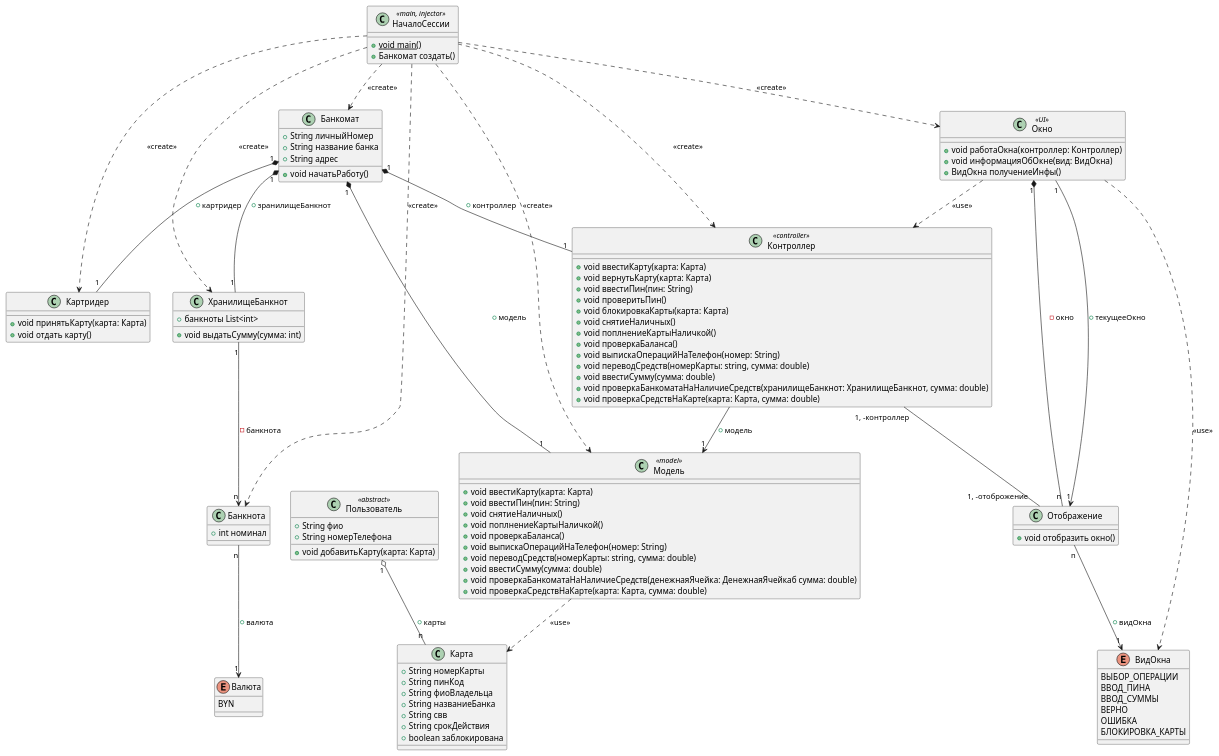
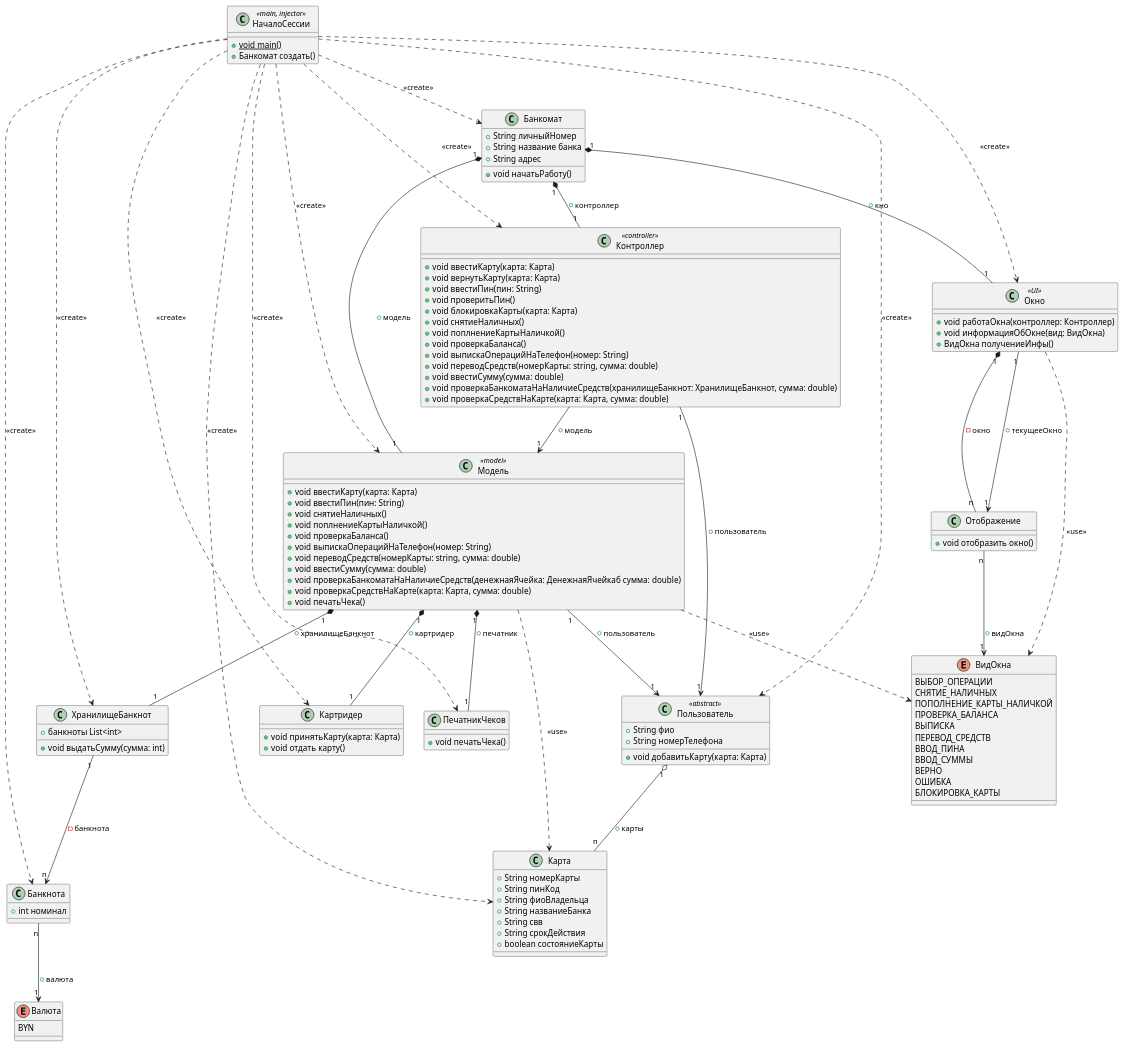
One commit to ArianaM03/PPVIS changed the diagram in doc/classDiagramBase.plantuml. Above: the diagram before and after it, drawn with PlantUML.

```diff
--- a/doc/classDiagramBase.plantuml
+++ b/doc/classDiagramBase.plantuml
@@ -1,126 +1,145 @@
 @startuml
+
 class НачалоСессии <<main, injector>>{
     + {static} void main()
     + Банкомат создать()
 }
 
 НачалоСессии ..> Банкомат : <<create>>
 НачалоСессии ..> Картридер : <<create>>
 НачалоСессии ..> ХранилищеБанкнот : <<create>>
 НачалоСессии ..> Банкнота : <<create>>
 НачалоСессии ..> Модель : <<create>>
 НачалоСессии ..> Контроллер : <<create>>
 НачалоСессии ..> Окно : <<create>>
+НачалоСессии ..> Пользователь: <<create>>
+НачалоСессии ..> ПечатникЧеков: <<create>>
+НачалоСессии ..> Карта: <<create>>
 
 class Пользователь <<abstract>>{
     + String фио
     + String номерТелефона
     + void добавитьКарту(карта: Карта)
 }
 
 class Карта{
     + String номерКарты
     + String пинКод
     + String фиоВладельца
     + String названиеБанка
     + String свв
     + String срокДействия
-    + boolean заблокирована 
+    + boolean состояниеКарты 
 }
 
 Пользователь "1" o-- "n" Карта: +карты
 
 class Банкомат{
     + String личныйНомер
     + String название банка
     + String адрес 
 
     + void начатьРаботу()
 }
 
 class Модель <<model>>{
     + void ввестиКарту(карта: Карта)
     + void ввестиПин(пин: String)
     + void снятиеНаличных()
     + void поплнениеКартыНаличкой()
     + void проверкаБаланса()
     + void выпискаОперацийНаТелефон(номер: String)
     + void переводСредств(номерКарты: string, сумма: double)
     + void ввестиСумму(сумма: double)
     + void проверкаБанкоматаНаНаличиеСредств(денежнаяЯчейка: ДенежнаяЯчейкаб сумма: double)
     + void проверкаСредствНаКарте(карта: Карта, сумма: double)
+    + void печатьЧека()
 }
 
 Банкомат "1" *-- "1" Модель: +модель
 Модель ..> Карта: <<use>>
+Модель "1" --> "1" Пользователь: +пользователь
 
 class Контроллер <<controller>>{
     + void ввестиКарту(карта: Карта)
     + void вернутьКарту(карта: Карта)
     + void ввестиПин(пин: String)
     + void проверитьПин()
     + void блокировкаКарты(карта: Карта)
     + void снятиеНаличных()
     + void поплнениеКартыНаличкой()
     + void проверкаБаланса()
     + void выпискаОперацийНаТелефон(номер: String)
     + void переводСредств(номерКарты: string, сумма: double)
     + void ввестиСумму(сумма: double)
     + void проверкаБанкоматаНаНаличиеСредств(хранилищеБанкнот: ХранилищеБанкнот, сумма: double)
     + void проверкаСредствНаКарте(карта: Карта, сумма: double)
 }
 
 
 Контроллер --> "1" Модель: +модель
 Банкомат "1" *-- "1" Контроллер: +контроллер
+Контроллер "1" --> "1" Пользователь: +пользователь
 
 class Картридер{
     + void принятьКарту(карта: Карта)
     + void отдать карту()
+}
+
+class ПечатникЧеков{
+    + void печатьЧека()
 }
 
 class ХранилищеБанкнот{
     + банкноты List<int>
     + void выдатьСумму(сумма: int)
 }
 
 class Банкнота{
     + int номинал
 }
 
 enum Валюта{
 BYN
 }
 
-Банкомат "1" *-- "1" Картридер: +картридер
-Банкомат "1" *-- "1" ХранилищеБанкнот: +зранилищеБанкнот
+Модель "1" *-- "1" Картридер: +картридер
+Модель "1" *-- "1" ХранилищеБанкнот: +хранилищеБанкнот
+Модель "1" *-- "1" ПечатникЧеков: +печатник
 ХранилищеБанкнот "1" --> "n" Банкнота: -банкнота
 Банкнота "n" --> "1" Валюта: + валюта
 
 class Окно <<UI>>{
     + void работаОкна(контроллер: Контроллер)
     + void информацияОбОкне(вид: ВидОкна)
     + ВидОкна получениеИнфы()
 }
 
+Банкомат "1" *-- "1" Окно: +кно
+
 class Отображение{
     + void отобразить окно()
 }
 
 enum ВидОкна{
 ВЫБОР_ОПЕРАЦИИ
+СНЯТИЕ_НАЛИЧНЫХ
+ПОПОЛНЕНИЕ_КАРТЫ_НАЛИЧКОЙ
+ПРОВЕРКА_БАЛАНСА
+ВЫПИСКА
+ПЕРЕВОД_СРЕДСТВ
 ВВОД_ПИНА
 ВВОД_СУММЫ
 ВЕРНО
 ОШИБКА
 БЛОКИРОВКА_КАРТЫ
 
 }
 
 Окно ..> ВидОкна: <<use>>
-Окно ..> Контроллер: <<use>>
 Окно "1" *-- "n" Отображение: -окно
 Отображение "n" -->  "1" ВидОкна: +видОкна
 Окно "1" --> "1" Отображение: +текущееОкно
-Контроллер "1, -контроллер" -- "1, -отоброжение" Отображение
+Модель ..> ВидОкна: <<use>>
+
 @enduml
```
